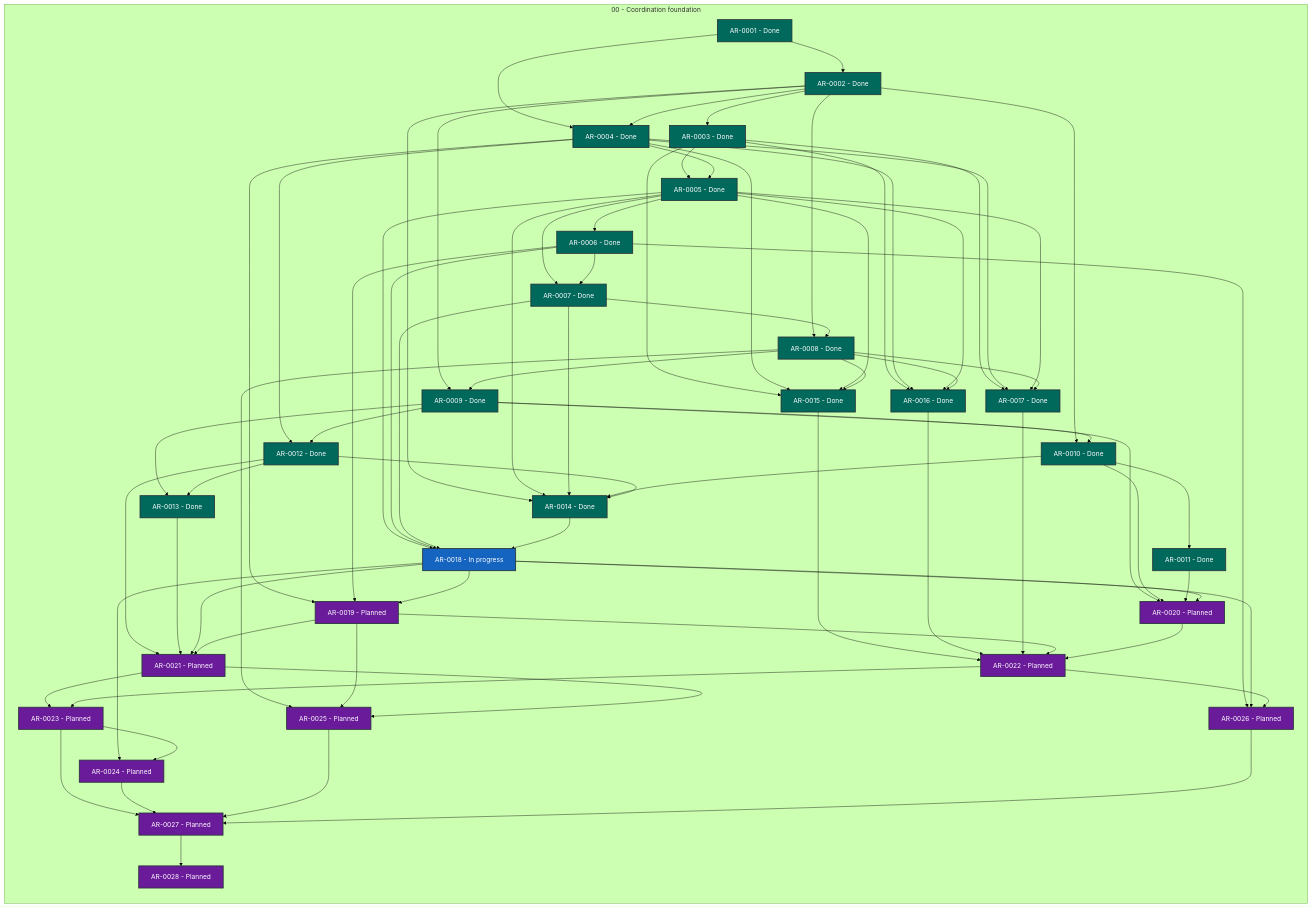
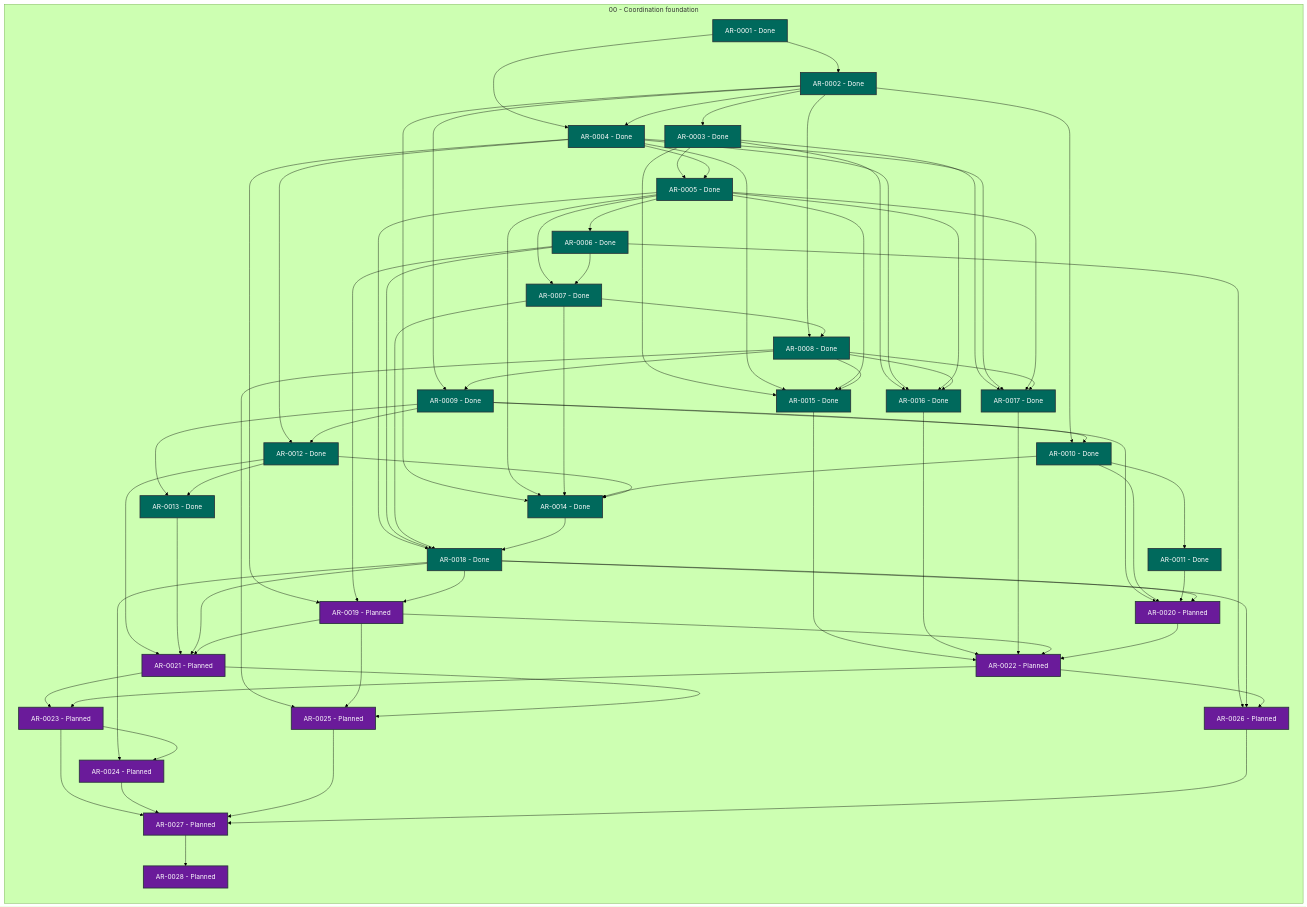
Before and after one commit to martin-beck/agent-workflow-runtime-state: the diagram in STATUS.md, drawn with Mermaid (forest theme). The commit also changed other lines of this file and 2 other files, not shown here.

```diff
--- a/STATUS.md
+++ b/STATUS.md
@@ -45,7 +45,7 @@
         AR_0015["AR-0015 - Done"]:::status_done
         AR_0016["AR-0016 - Done"]:::status_done
         AR_0017["AR-0017 - Done"]:::status_done
-        AR_0018["AR-0018 - In progress"]:::status_in_progress
+        AR_0018["AR-0018 - Done"]:::status_done
         AR_0019["AR-0019 - Planned"]:::status_planned
         AR_0020["AR-0020 - Planned"]:::status_planned
         AR_0021["AR-0021 - Planned"]:::status_planned
```
